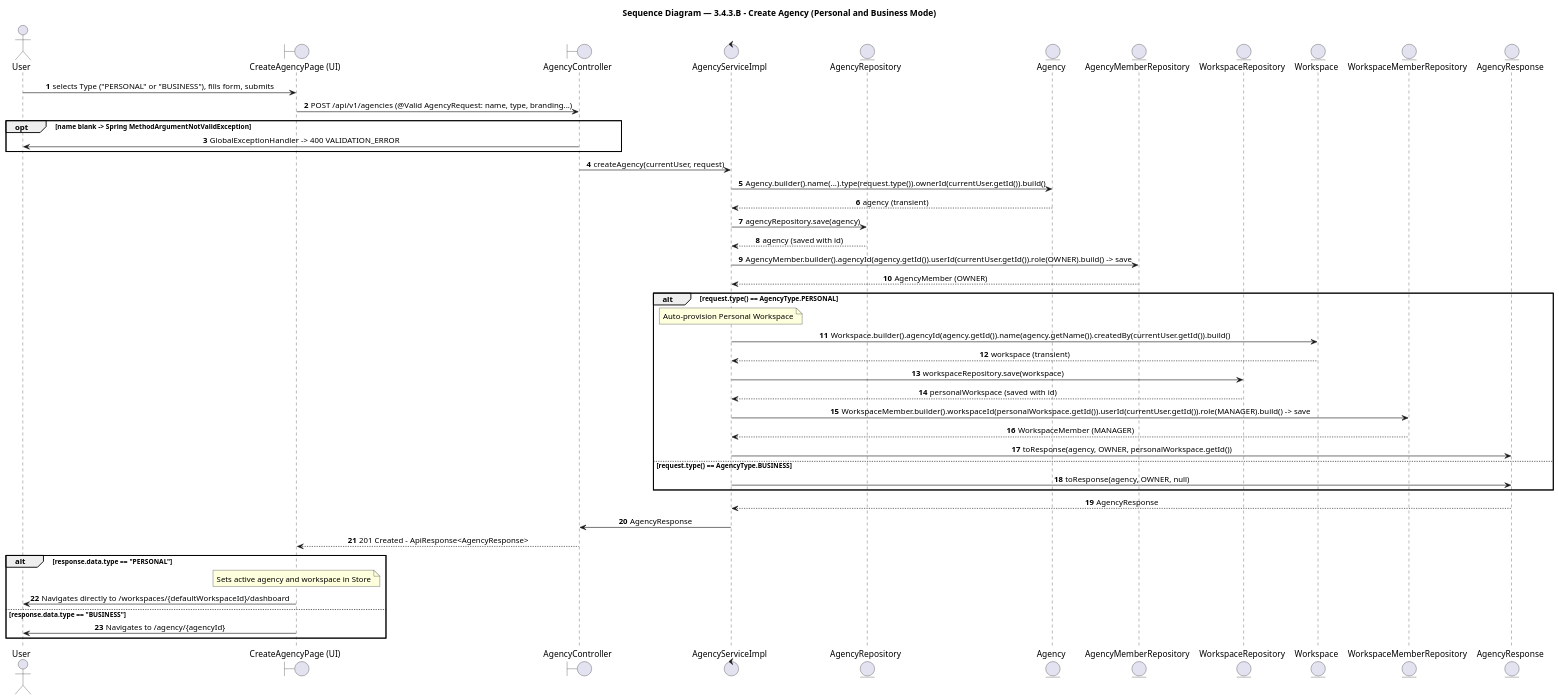
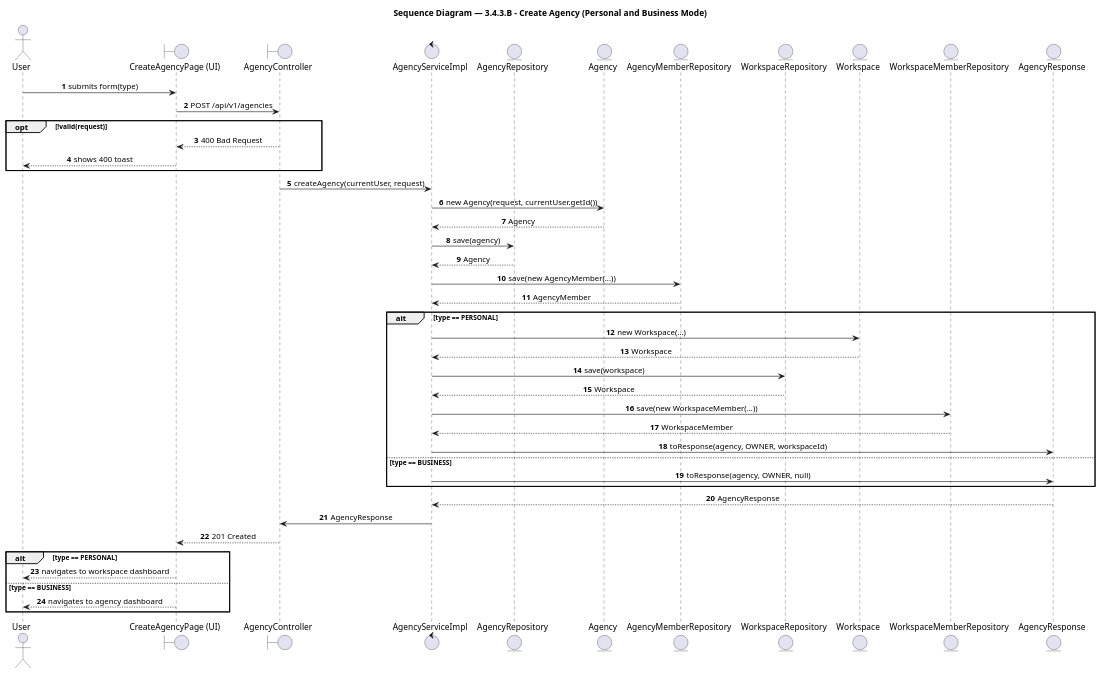
One commit to BrandHubOrganization/brandhub-infrastructure changed the diagram in docs/feature/agency-workspace/personal-agency-transition/report4_sequence.puml. Above: the diagram before and after it, drawn with PlantUML. The commit also changed 33 other files, not shown here.

Commit message:
docs: add PlantUML sequence diagrams and class diagrams for agency workspace and profile features

```diff
--- a/docs/feature/agency-workspace/personal-agency-transition/report4_sequence.puml
+++ b/docs/feature/agency-workspace/personal-agency-transition/report4_sequence.puml
@@ -1,69 +1,65 @@
 @startuml 3.4.3.B - Create Agency (Personal and Business Mode)
 title Sequence Diagram — 3.4.3.B - Create Agency (Personal and Business Mode)
 
 autonumber
 skinparam shadowing false
 skinparam sequenceMessageAlign center
 skinparam BoxPadding 10
 skinparam ParticipantPadding 10
 
 ' === Participants (BCE Pattern) ===
 actor "User" as user
 boundary "CreateAgencyPage (UI)" as createagencypage_ui
 boundary "AgencyController" as agencycontroller
 control "AgencyServiceImpl" as agencyserviceimpl
 entity "AgencyRepository" as agencyrepository
 entity "Agency" as agency
 entity "AgencyMemberRepository" as agencymemberrepository
 entity "WorkspaceRepository" as workspacerepository
 entity "Workspace" as workspace
 entity "WorkspaceMemberRepository" as workspacememberrepository
 entity "AgencyResponse" as agencyresponse
 
 ' === Flow ===
-user -> createagencypage_ui: selects Type ("PERSONAL" or "BUSINESS"), fills form, submits
-createagencypage_ui -> agencycontroller: POST /api/v1/agencies (@Valid AgencyRequest: name, type, branding...)
+user -> createagencypage_ui: submits form(type)
+createagencypage_ui -> agencycontroller: POST /api/v1/agencies
 
-opt name blank -> Spring MethodArgumentNotValidException
-  agencycontroller -> user: GlobalExceptionHandler -> 400 VALIDATION_ERROR
+opt !valid(request)
+  agencycontroller --> createagencypage_ui: 400 Bad Request
+  createagencypage_ui --> user: shows 400 toast
 end
 
 agencycontroller -> agencyserviceimpl: createAgency(currentUser, request)
 
-' Save Agency Entity
-agencyserviceimpl -> agency: Agency.builder().name(...).type(request.type()).ownerId(currentUser.getId()).build()
-agency --> agencyserviceimpl: agency (transient)
-agencyserviceimpl -> agencyrepository: agencyRepository.save(agency)
-agencyrepository --> agencyserviceimpl: agency (saved with id)
+agencyserviceimpl -> agency: new Agency(request, currentUser.getId())
+agency --> agencyserviceimpl: Agency
+agencyserviceimpl -> agencyrepository: save(agency)
+agencyrepository --> agencyserviceimpl: Agency
 
-' Save Agency Member (Owner)
-agencyserviceimpl -> agencymemberrepository: AgencyMember.builder().agencyId(agency.getId()).userId(currentUser.getId()).role(OWNER).build() -> save
-agencymemberrepository --> agencyserviceimpl: AgencyMember (OWNER)
+agencyserviceimpl -> agencymemberrepository: save(new AgencyMember(...))
+agencymemberrepository --> agencyserviceimpl: AgencyMember
 
-' Branching: PERSONAL vs BUSINESS
-alt request.type() == AgencyType.PERSONAL
-  note over agencyserviceimpl: Auto-provision Personal Workspace
-  agencyserviceimpl -> workspace: Workspace.builder().agencyId(agency.getId()).name(agency.getName()).createdBy(currentUser.getId()).build()
-  workspace --> agencyserviceimpl: workspace (transient)
-  agencyserviceimpl -> workspacerepository: workspaceRepository.save(workspace)
-  workspacerepository --> agencyserviceimpl: personalWorkspace (saved with id)
+alt type == PERSONAL
+  agencyserviceimpl -> workspace: new Workspace(...)
+  workspace --> agencyserviceimpl: Workspace
+  agencyserviceimpl -> workspacerepository: save(workspace)
+  workspacerepository --> agencyserviceimpl: Workspace
 
-  agencyserviceimpl -> workspacememberrepository: WorkspaceMember.builder().workspaceId(personalWorkspace.getId()).userId(currentUser.getId()).role(MANAGER).build() -> save
-  workspacememberrepository --> agencyserviceimpl: WorkspaceMember (MANAGER)
-  agencyserviceimpl -> agencyresponse: toResponse(agency, OWNER, personalWorkspace.getId())
-else request.type() == AgencyType.BUSINESS
+  agencyserviceimpl -> workspacememberrepository: save(new WorkspaceMember(...))
+  workspacememberrepository --> agencyserviceimpl: WorkspaceMember
+  agencyserviceimpl -> agencyresponse: toResponse(agency, OWNER, workspaceId)
+else type == BUSINESS
   agencyserviceimpl -> agencyresponse: toResponse(agency, OWNER, null)
 end
 
 agencyresponse --> agencyserviceimpl: AgencyResponse
 agencyserviceimpl -> agencycontroller: AgencyResponse
-agencycontroller --> createagencypage_ui: 201 Created - ApiResponse<AgencyResponse>
+agencycontroller --> createagencypage_ui: 201 Created
 
-alt response.data.type == "PERSONAL"
-  note over createagencypage_ui: Sets active agency and workspace in Store
-  createagencypage_ui -> user: Navigates directly to /workspaces/{defaultWorkspaceId}/dashboard
-else response.data.type == "BUSINESS"
-  createagencypage_ui -> user: Navigates to /agency/{agencyId}
+alt type == PERSONAL
+  createagencypage_ui --> user: navigates to workspace dashboard
+else type == BUSINESS
+  createagencypage_ui --> user: navigates to agency dashboard
 end
 
 @enduml
```
